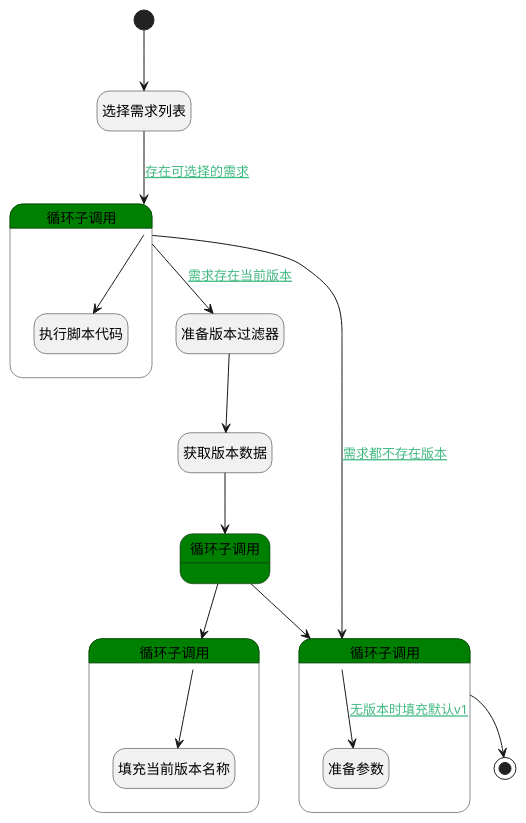
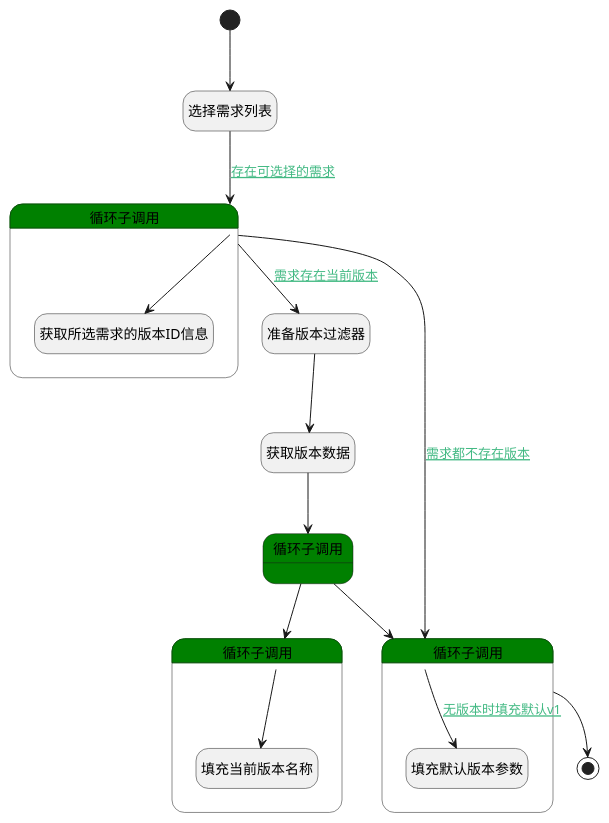
Before and after one commit to iBizLab/plm: the diagram in doc/docsify/module/ProdMgmt/idea/logic/baseline_plan_idea.md, drawn with PlantUML. The commit also changed other lines of this file and 1068 other files, not shown here.

````diff
--- a/doc/docsify/module/ProdMgmt/idea/logic/baseline_plan_idea.md
+++ b/doc/docsify/module/ProdMgmt/idea/logic/baseline_plan_idea.md
@@ -7,44 +7,44 @@
 ```plantuml
 @startuml
 hide empty description
 <style>
 root {
   HyperlinkColor #42b983
 }
 </style>
 
 hide empty description
 state "开始" as Begin <<start>> [[$./baseline_plan_idea#begin {"开始"}]]
 state "选择需求列表" as DEDATASET1  [[$./baseline_plan_idea#dedataset1 {"选择需求列表"}]]
 state "准备版本过滤器" as PREPAREPARAM1  [[$./baseline_plan_idea#prepareparam1 {"准备版本过滤器"}]]
 state "获取版本数据" as DEDATASET2  [[$./baseline_plan_idea#dedataset2 {"获取版本数据"}]]
 state "结束" as END1 <<end>> [[$./baseline_plan_idea#end1 {"结束"}]]
 state "循环子调用" as LOOPSUBCALL1  [[$./baseline_plan_idea#loopsubcall1 {"循环子调用"}]] #green {
-state "执行脚本代码" as RAWSFCODE1  [[$./baseline_plan_idea#rawsfcode1 {"执行脚本代码"}]]
+state "获取所选需求的版本ID信息" as RAWSFCODE1  [[$./baseline_plan_idea#rawsfcode1 {"获取所选需求的版本ID信息"}]]
 }
 state "循环子调用" as LOOPSUBCALL2  [[$./baseline_plan_idea#loopsubcall2 {"循环子调用"}]] #green {
 }
 state "循环子调用" as LOOPSUBCALL3  [[$./baseline_plan_idea#loopsubcall3 {"循环子调用"}]] #green {
 state "填充当前版本名称" as PREPAREPARAM2  [[$./baseline_plan_idea#prepareparam2 {"填充当前版本名称"}]]
 }
 state "循环子调用" as LOOPSUBCALL4  [[$./baseline_plan_idea#loopsubcall4 {"循环子调用"}]] #green {
-state "准备参数" as PREPAREPARAM3  [[$./baseline_plan_idea#prepareparam3 {"准备参数"}]]
+state "填充默认版本参数" as PREPAREPARAM3  [[$./baseline_plan_idea#prepareparam3 {"填充默认版本参数"}]]
 }
 
 
 Begin --> DEDATASET1
 DEDATASET1 --> LOOPSUBCALL1 : [[$./baseline_plan_idea#dedataset1-loopsubcall1{存在可选择的需求} 存在可选择的需求]]
 LOOPSUBCALL1 --> RAWSFCODE1
 LOOPSUBCALL1 --> PREPAREPARAM1 : [[$./baseline_plan_idea#loopsubcall1-prepareparam1{需求存在当前版本} 需求存在当前版本]]
 PREPAREPARAM1 --> DEDATASET2
 DEDATASET2 --> LOOPSUBCALL2
 LOOPSUBCALL2 --> LOOPSUBCALL3
 LOOPSUBCALL3 --> PREPAREPARAM2
 LOOPSUBCALL2 --> LOOPSUBCALL4
 LOOPSUBCALL4 --> END1
 LOOPSUBCALL4 --> PREPAREPARAM3 : [[$./baseline_plan_idea#loopsubcall4-prepareparam3{无版本时填充默认v1} 无版本时填充默认v1]]
 LOOPSUBCALL1 --> LOOPSUBCALL4 : [[$./baseline_plan_idea#loopsubcall1-loopsubcall4{需求都不存在版本} 需求都不存在版本]]
 
 
 @enduml
 ```
````
